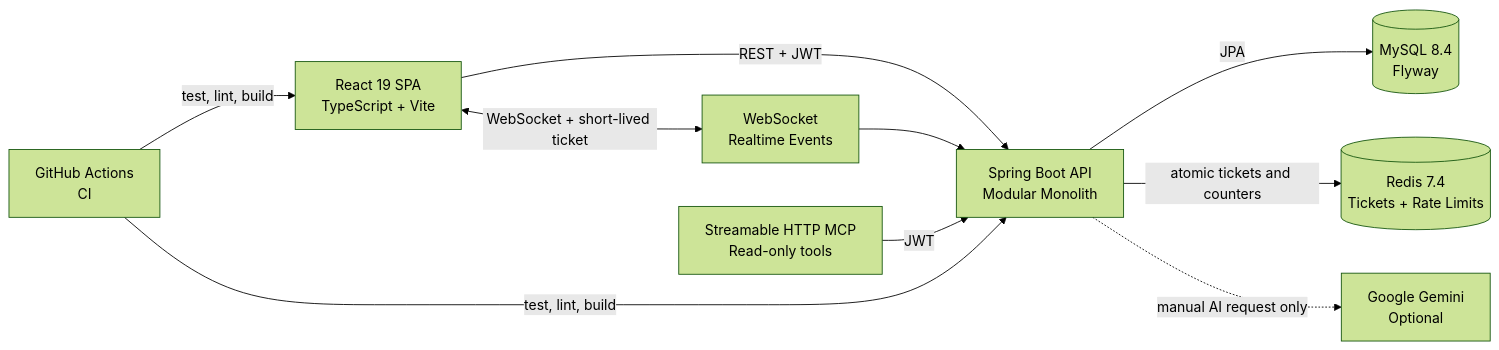
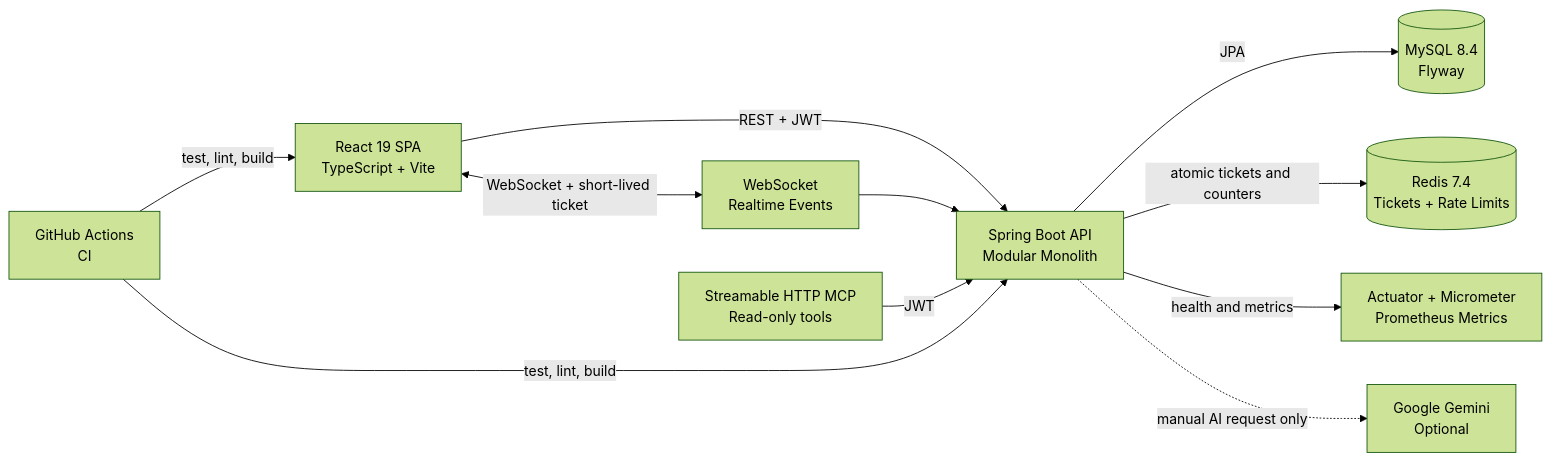
One commit to kimsesdook/Billiards-Analysis changed the first of 2 diagrams in README.md. Above: the diagram before and after it, drawn with Mermaid (forest theme). The commit also changed other lines of this file and 20 other files, not shown here.

````diff
--- a/README.md
+++ b/README.md
@@ -31,21 +31,23 @@
 ```mermaid
 flowchart LR
     Browser["React 19 SPA\nTypeScript + Vite"]
     API["Spring Boot API\nModular Monolith"]
     DB[("MySQL 8.4\nFlyway")]
     Redis[("Redis 7.4\nTickets + Rate Limits")]
+    Metrics["Actuator + Micrometer\nPrometheus Metrics"]
     Socket["WebSocket\nRealtime Events"]
     MCP["Streamable HTTP MCP\nRead-only tools"]
     Gemini["Google Gemini\nOptional"]
     CI["GitHub Actions\nCI"]
 
     Browser -->|"REST + JWT"| API
     Browser <-->|"WebSocket + short-lived ticket"| Socket
     Socket --> API
     API -->|"JPA"| DB
     API -->|"atomic tickets and counters"| Redis
+    API -->|"health and metrics"| Metrics
     MCP -->|"JWT"| API
     API -. "manual AI request only" .-> Gemini
     CI -->|"test, lint, build"| API
     CI -->|"test, lint, build"| Browser
 ```
````
